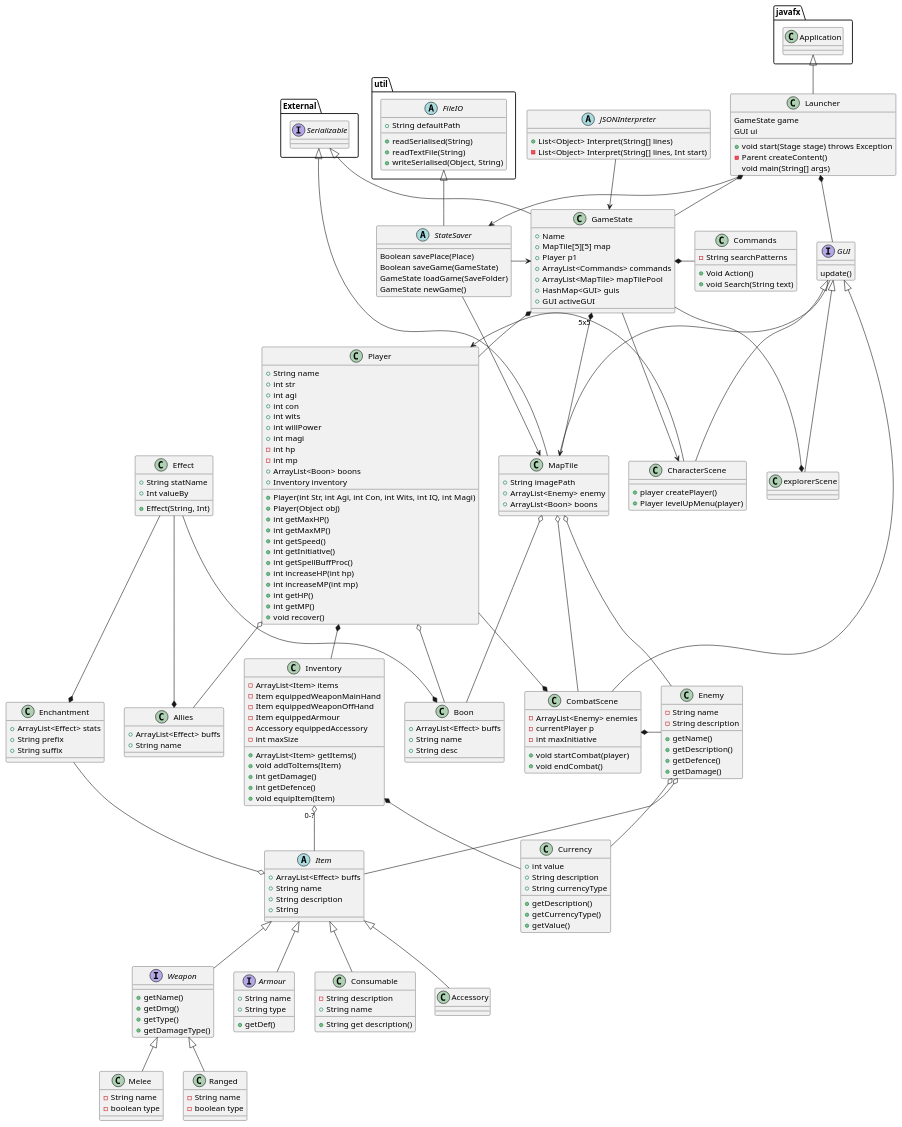
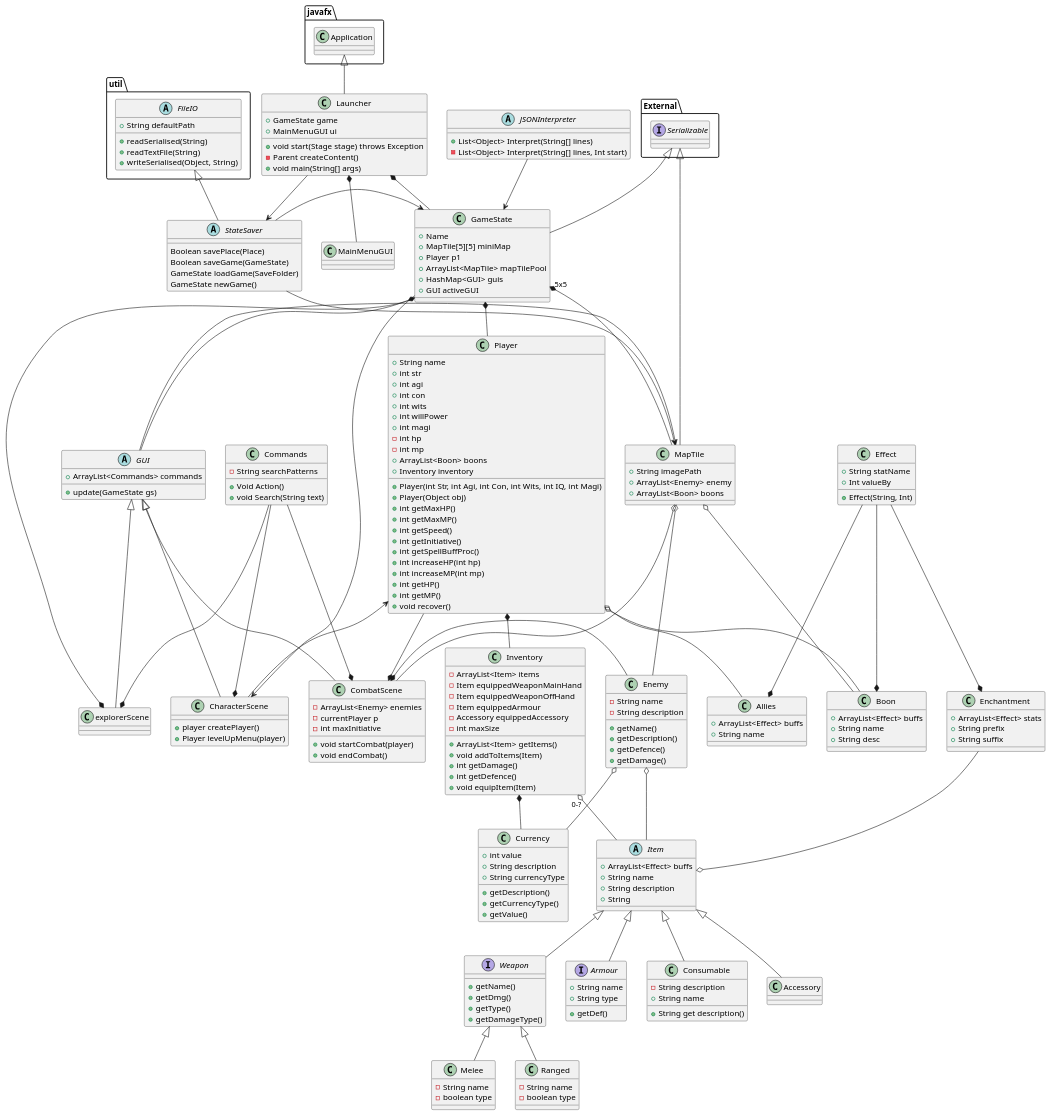
The diagram in Documentation/klassediagram.puml (SirRolin/Philoshopers-ICE), drawn with PlantUML before and after one commit.

Commit message:
First Iteration of class Diagram
-- GUI update update

```diff
--- a/Documentation/klassediagram.puml
+++ b/Documentation/klassediagram.puml
@@ -4,20 +4,19 @@
 class Launcher extends javafx.Application {
     + void start(Stage stage) throws Exception
     - Parent createContent()
-    void main(String[] args)
-    GameState game
-    GUI ui
+    + void main(String[] args)
+    + GameState game
+    + MainMenuGUI ui
 }
-interface GUI {
-    update()
+abstract class GUI {
+    + update(GameState gs)
+    + ArrayList<Commands> commands
 }
 class explorerScene extends GUI {
-
 }
 class CharacterScene extends GUI{
     + player createPlayer()
     + Player levelUpMenu(player)
-
 }
 abstract class StateSaver Extends util.FileIO {
     Boolean savePlace(Place)
@@ -33,9 +32,8 @@
 }
 class GameState extends External.Serializable{
     + Name
-    + MapTile[5][5] map
+    + MapTile[5][5] miniMap
     + Player p1
-    + ArrayList<Commands> commands
     + ArrayList<MapTile> mapTilePool
     + HashMap<GUI> guis
     + GUI activeGUI
@@ -172,7 +170,8 @@
 interface External.Serializable
 Launcher --> StateSaver
 Launcher *-- GameState
-Launcher *- GUI
+Launcher *-- MainMenuGUI
+GameState *-- GUI
 GUI -> MapTile
 StateSaver -> MapTile
 StateSaver -> GameState
@@ -181,7 +180,9 @@
 JSONInterpreter --> GameState
 Player <- CharacterScene
 GameState *-- Player
-GameState *- Commands
+Commands --* explorerScene
+Commands --* CharacterScene
+Commands --* CombatScene
 Player o-- Allies
 Player *-- Inventory
 GameState "5x5" *-- MapTile
```
